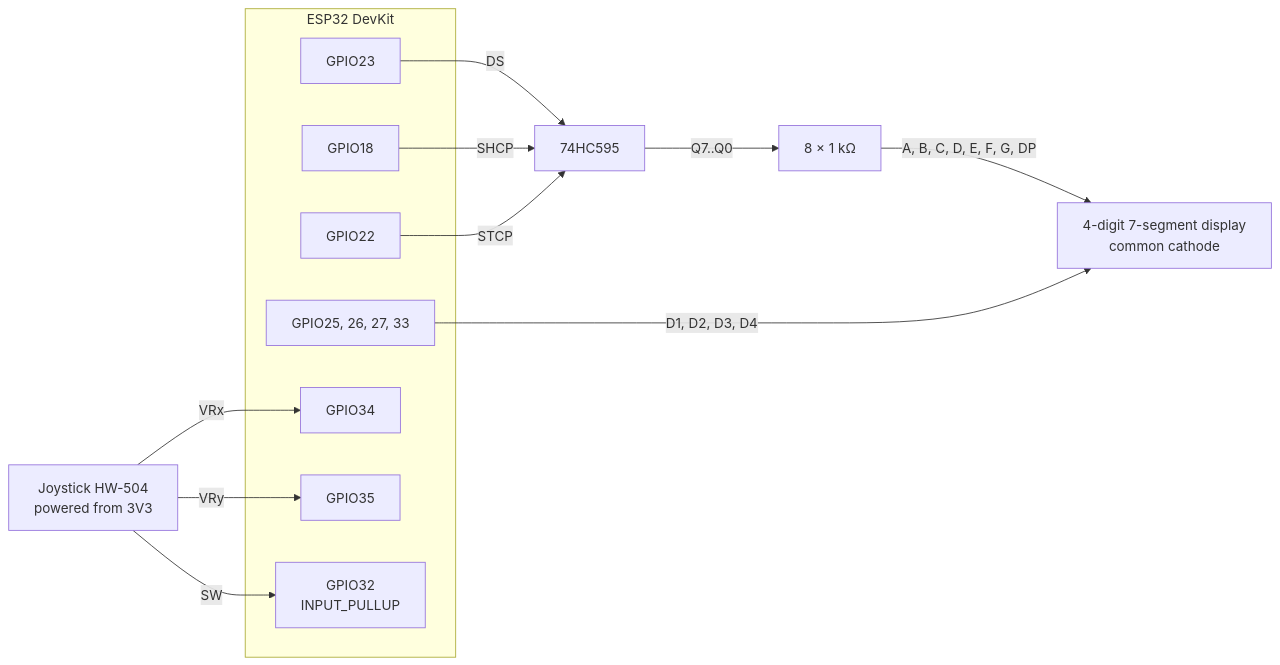
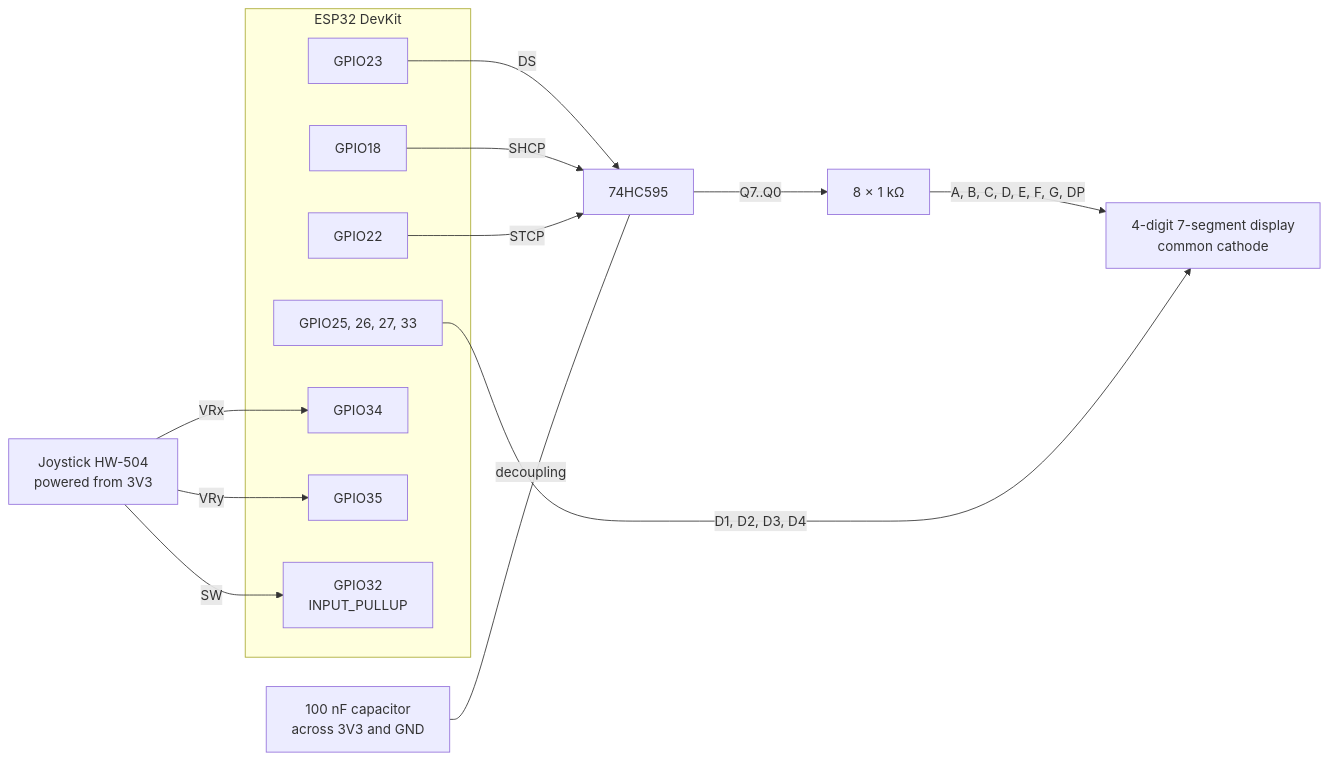
The first of 2 diagrams in Homework 5/README.md (NovaCX23/IntroductionToRobotics), drawn with Mermaid before and after one commit. The commit also changed other lines of this file, not shown here.

Commit message:
HW5: README - decoupling capacitor was used

````diff
--- a/Homework 5/README.md
+++ b/Homework 5/README.md
@@ -110,24 +111,25 @@
 ```mermaid
 flowchart LR
     subgraph ESP32["ESP32 DevKit"]
         G23["GPIO23"]
         G18["GPIO18"]
         G22["GPIO22"]
         GD["GPIO25, 26, 27, 33"]
         G34["GPIO34"]
         G35["GPIO35"]
         G32["GPIO32<br/>INPUT_PULLUP"]
     end
 
     G23 -->|DS| SR["74HC595"]
     G18 -->|SHCP| SR
     G22 -->|STCP| SR
+    CAP["100 nF capacitor<br/>across 3V3 and GND"] ---|decoupling| SR
     SR -->|"Q7..Q0"| R["8 × 1 kΩ"]
     R -->|"A, B, C, D, E, F, G, DP"| DISP["4-digit 7-segment display<br/>common cathode"]
     GD -->|"D1, D2, D3, D4"| DISP
 
     JOY["Joystick HW-504<br/>powered from 3V3"]
     JOY -->|VRx| G34
     JOY -->|VRy| G35
     JOY -->|SW| G32
 ```
````
